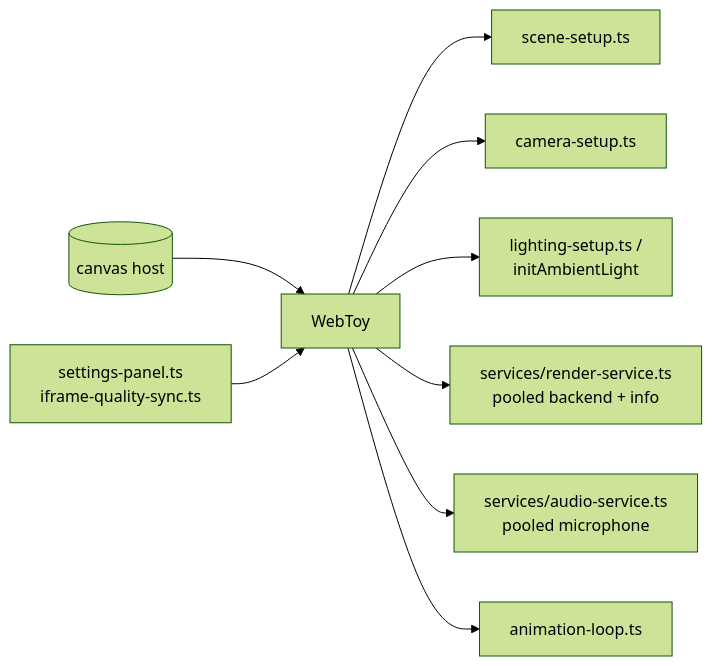
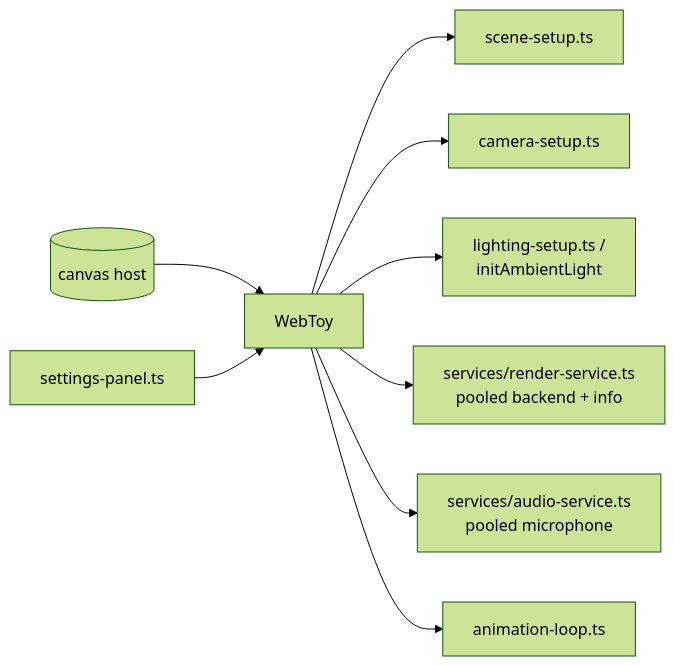
Before and after one commit to zz-plant/stims: the third of 3 diagrams in docs/ARCHITECTURE.md, drawn with Mermaid (forest theme). The commit also changed other lines of this file and 31 other files, not shown here.

````diff
--- a/docs/ARCHITECTURE.md
+++ b/docs/ARCHITECTURE.md
@@ -164,15 +163,14 @@
 ```mermaid
 graph LR
   Canvas[(canvas host)] --> WebToy
   WebToy --> Scene[scene-setup.ts]
   WebToy --> Camera[camera-setup.ts]
   WebToy --> Lighting[lighting-setup.ts /
   initAmbientLight]
   WebToy --> Renderer[services/render-service.ts
   pooled backend + info]
   WebToy --> Audio[services/audio-service.ts
   pooled microphone]
   WebToy --> Loop[animation-loop.ts]
-  Settings[settings-panel.ts
-  iframe-quality-sync.ts] --> WebToy
+  Settings[settings-panel.ts] --> WebToy
 ```
````
